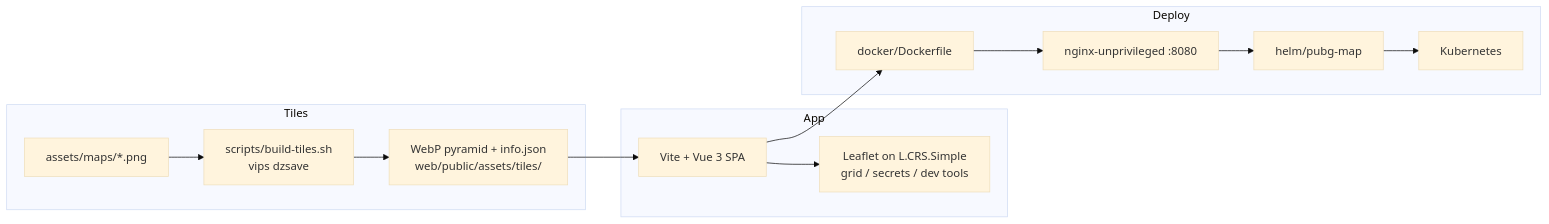
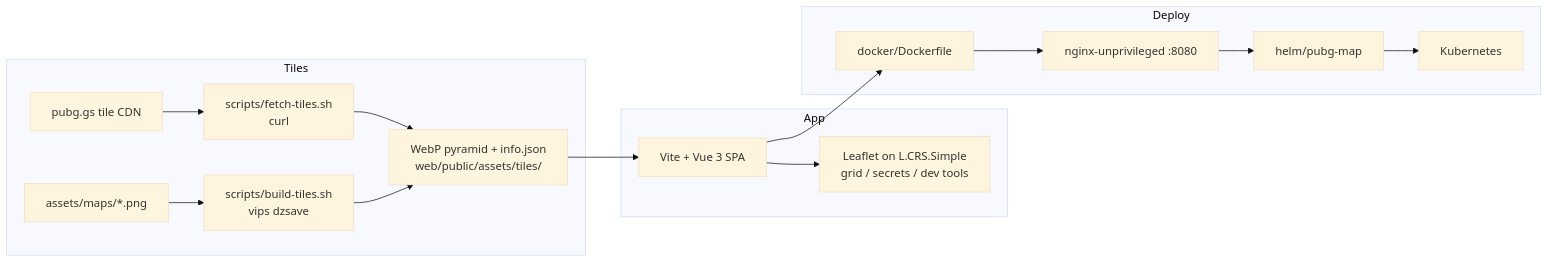
One commit to adzpm/pubg-map changed the diagram in README.md. Above: the diagram before and after it, drawn with Mermaid (base theme). The commit also changed other lines of this file and 12310 other files, not shown here.

````diff
--- a/README.md
+++ b/README.md
@@ -59,14 +60,16 @@
 ```mermaid
 flowchart LR
   subgraph Tiles
+    GS[pubg.gs tile CDN] --> FT[scripts/fetch-tiles.sh<br>curl]
+    FT --> PYR[WebP pyramid + info.json<br>web/public/assets/tiles/]
     PNG[assets/maps/*.png] --> BT[scripts/build-tiles.sh<br>vips dzsave]
-    BT --> PYR[WebP pyramid + info.json<br>web/public/assets/tiles/]
+    BT --> PYR
   end
   subgraph App
     PYR --> VITE[Vite + Vue 3 SPA]
     VITE --> LEAF[Leaflet on L.CRS.Simple<br>grid / secrets / dev tools]
   end
   subgraph Deploy
     VITE --> DOCKER[docker/Dockerfile] --> NGINX[nginx-unprivileged :8080] --> HELM[helm/pubg-map] --> K8S[Kubernetes]
   end
 ```
````
